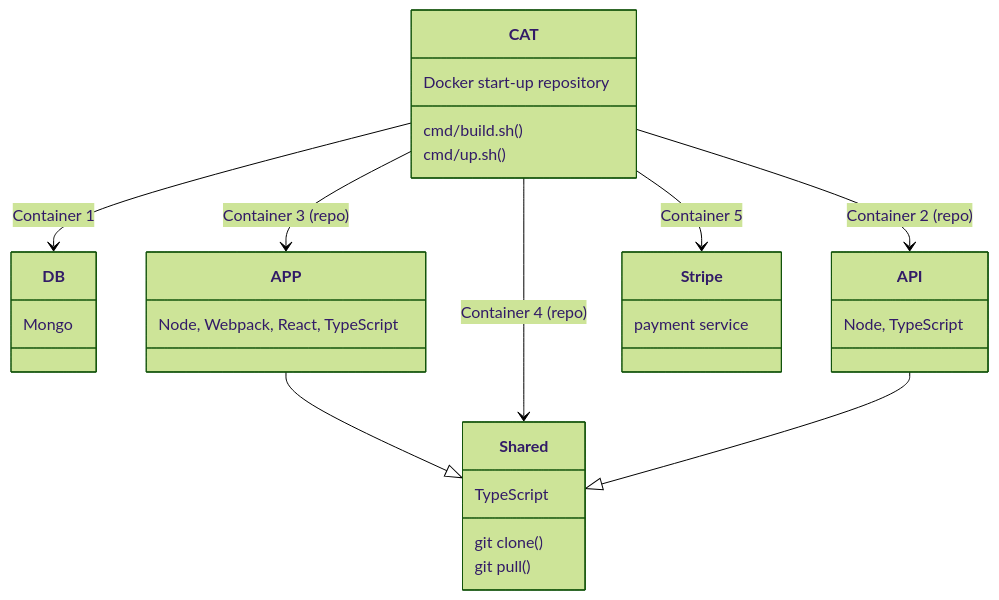
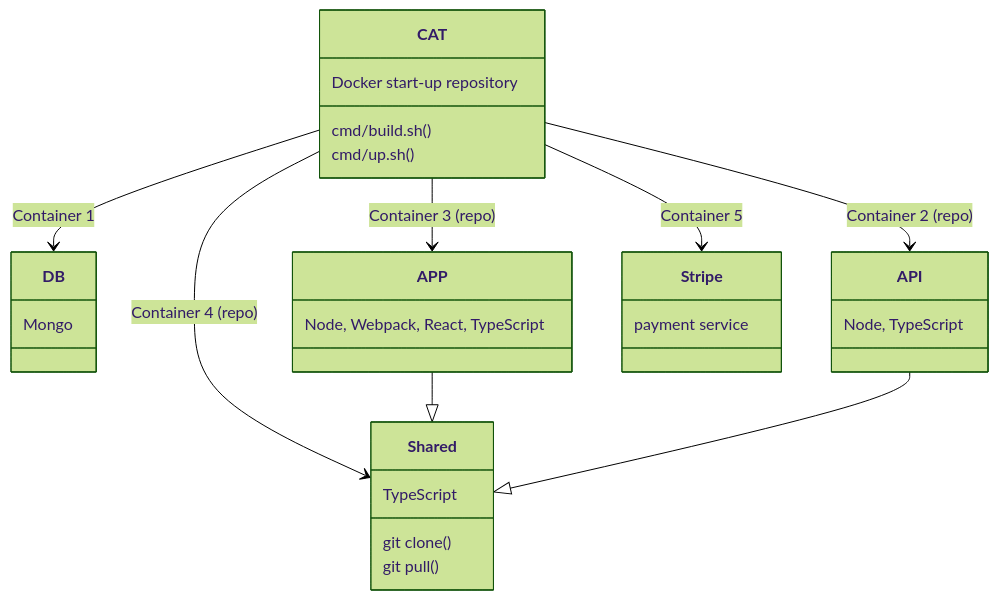
The diagram in README.md (Karmello/cat-start), drawn with Mermaid (forest theme) before and after one commit. The commit also changed other lines of this file, not shown here.

````diff
--- a/README.md
+++ b/README.md
@@ -8,20 +8,20 @@
 ```mermaid
 classDiagram
 CAT : Docker start-up repository
 CAT: cmd/build.sh()
 CAT: cmd/up.sh()
 DB: Mongo
 API: Node, TypeScript
 APP: Node, Webpack, React, TypeScript
 Shared: TypeScript
 Shared: git clone()
 Shared: git pull()
 Stripe: payment service
 CAT --> DB : Container 1
 CAT --> API : Container 2 (repo)
 CAT --> APP : Container 3 (repo)
-APP --|> Shared
 CAT --> Shared : Container 4 (repo)
 CAT --> Stripe : Container 5
+APP --|> Shared
 API --|> Shared
 ```
````
